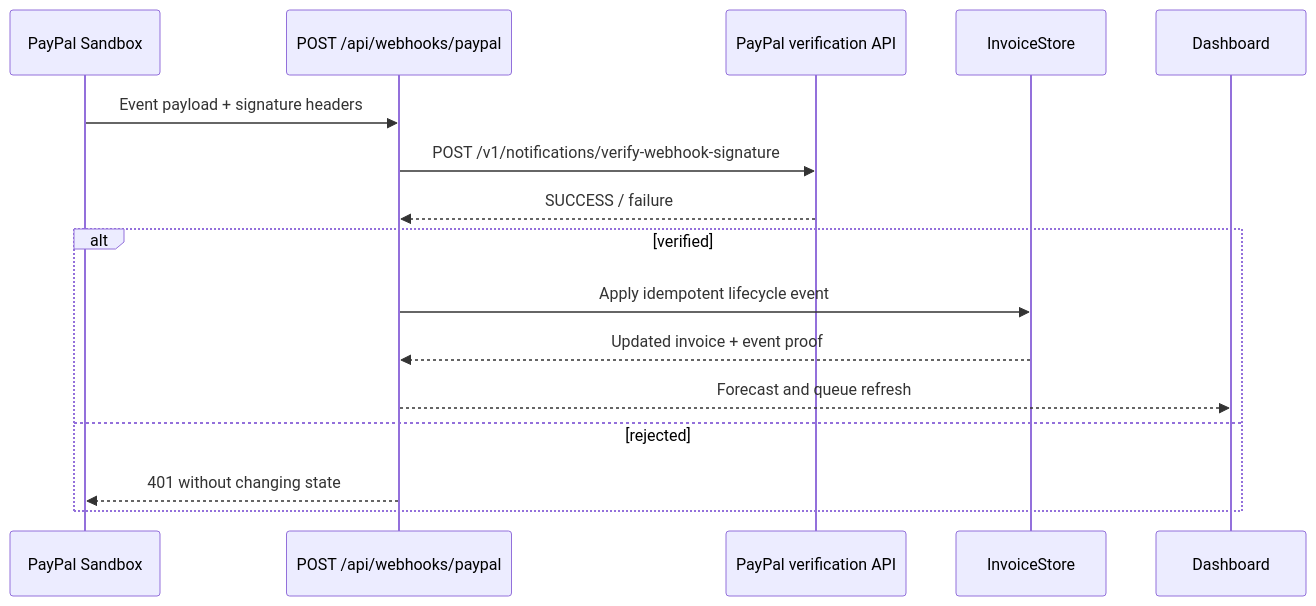
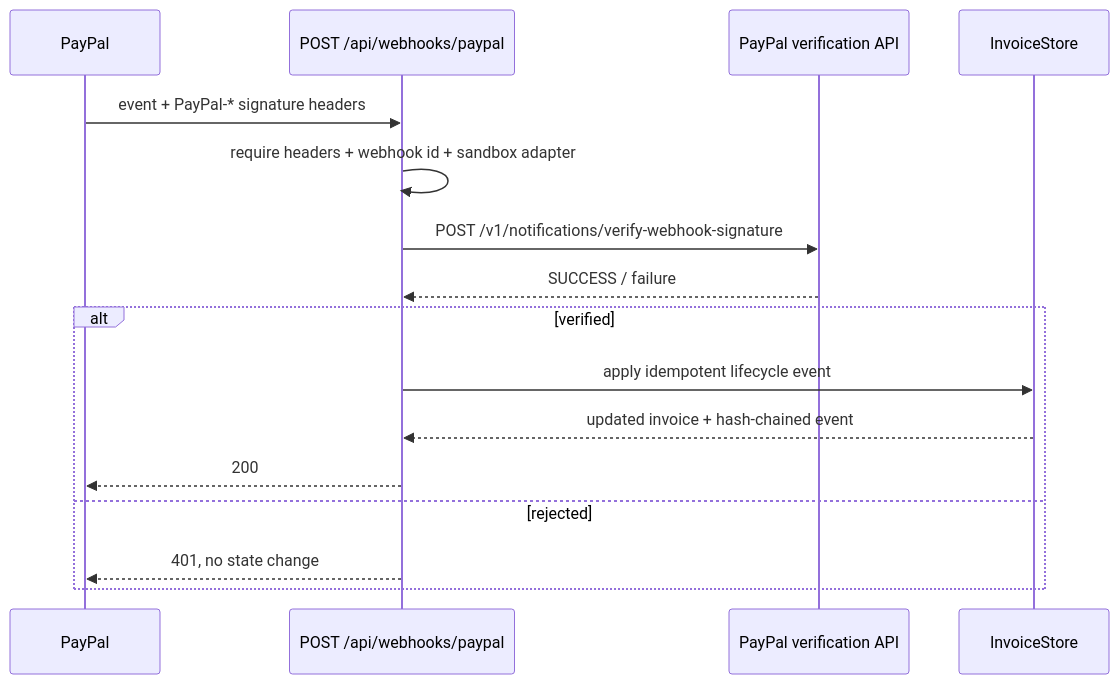
One commit to sidg2hp/paypal changed the fourth of 5 diagrams in docs/ARCHITECTURE.md. Above: the diagram before and after it, drawn with Mermaid. The commit also changed other lines of this file and 69 other files, not shown here.

````diff
--- a/docs/ARCHITECTURE.md
+++ b/docs/ARCHITECTURE.md
@@ -62,19 +97,19 @@
 ```mermaid
 sequenceDiagram
-    participant PayPal as PayPal Sandbox
+    participant PayPal as PayPal
     participant API as POST /api/webhooks/paypal
     participant Verify as PayPal verification API
     participant Store as InvoiceStore
-    participant UI as Dashboard
 
-    PayPal->>API: Event payload + signature headers
+    PayPal->>API: event + PayPal-* signature headers
+    API->>API: require headers + webhook id + sandbox adapter
     API->>Verify: POST /v1/notifications/verify-webhook-signature
     Verify-->>API: SUCCESS / failure
     alt verified
-        API->>Store: Apply idempotent lifecycle event
-        Store-->>API: Updated invoice + event proof
-        API-->>UI: Forecast and queue refresh
+        API->>Store: apply idempotent lifecycle event
+        Store-->>API: updated invoice + hash-chained event
+        API-->>PayPal: 200
     else rejected
-        API-->>PayPal: 401 without changing state
+        API-->>PayPal: 401, no state change
     end
 ```
````
